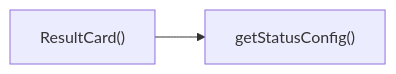
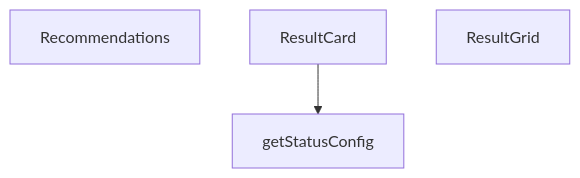
The diagram in src/components/calculators/ResultCard.md (peckop/venthub-hvac-esite), drawn with Mermaid before and after one commit. The commit also changed other lines of this file and 488 other files, not shown here.

````diff
--- a/src/components/calculators/ResultCard.md
+++ b/src/components/calculators/ResultCard.md
@@ -155,4 +148,8 @@
 ```mermaid
-graph LR
-    ResultCard["ResultCard()"] --> getStatusConfig["getStatusConfig()"]
+graph TD
+    ResultCard_tsx__Recommendations["Recommendations"]
+    ResultCard_tsx__ResultCard["ResultCard"]
+    ResultCard_tsx__ResultGrid["ResultGrid"]
+    ResultCard_tsx__getStatusConfig["getStatusConfig"]
+    ResultCard_tsx__ResultCard --> ResultCard_tsx__getStatusConfig
 ```
````
